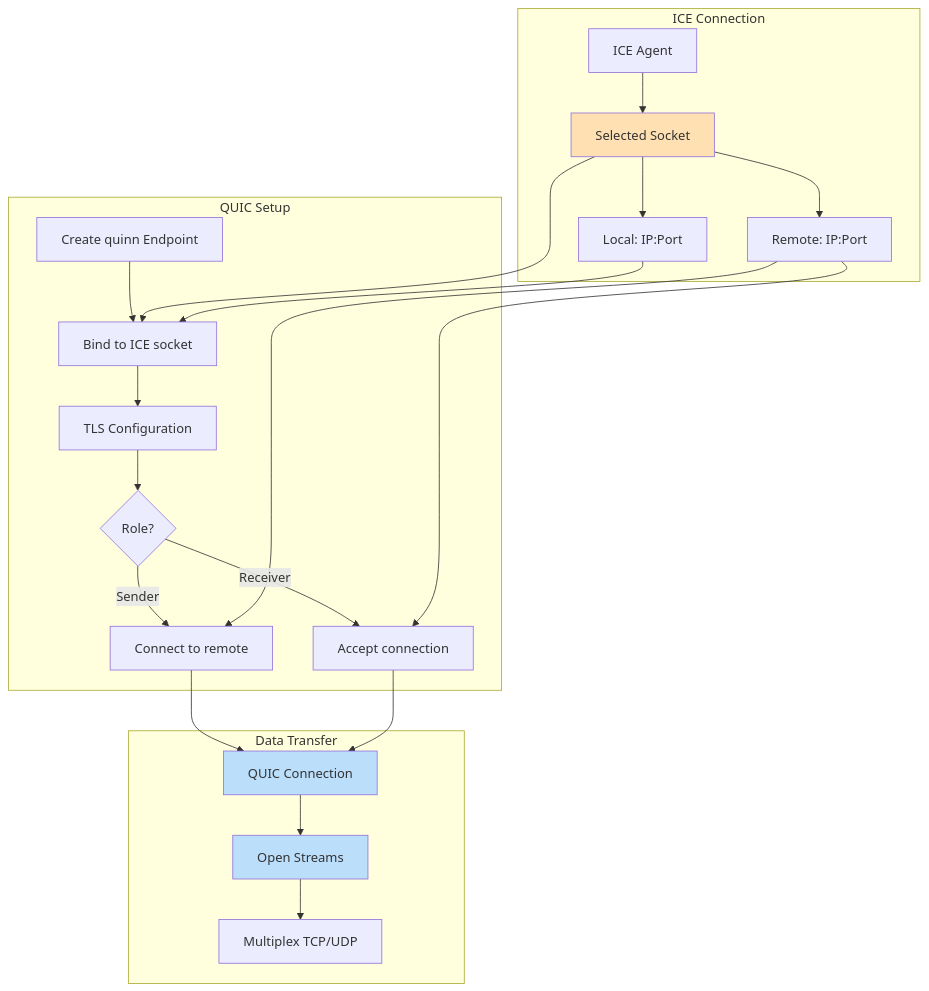
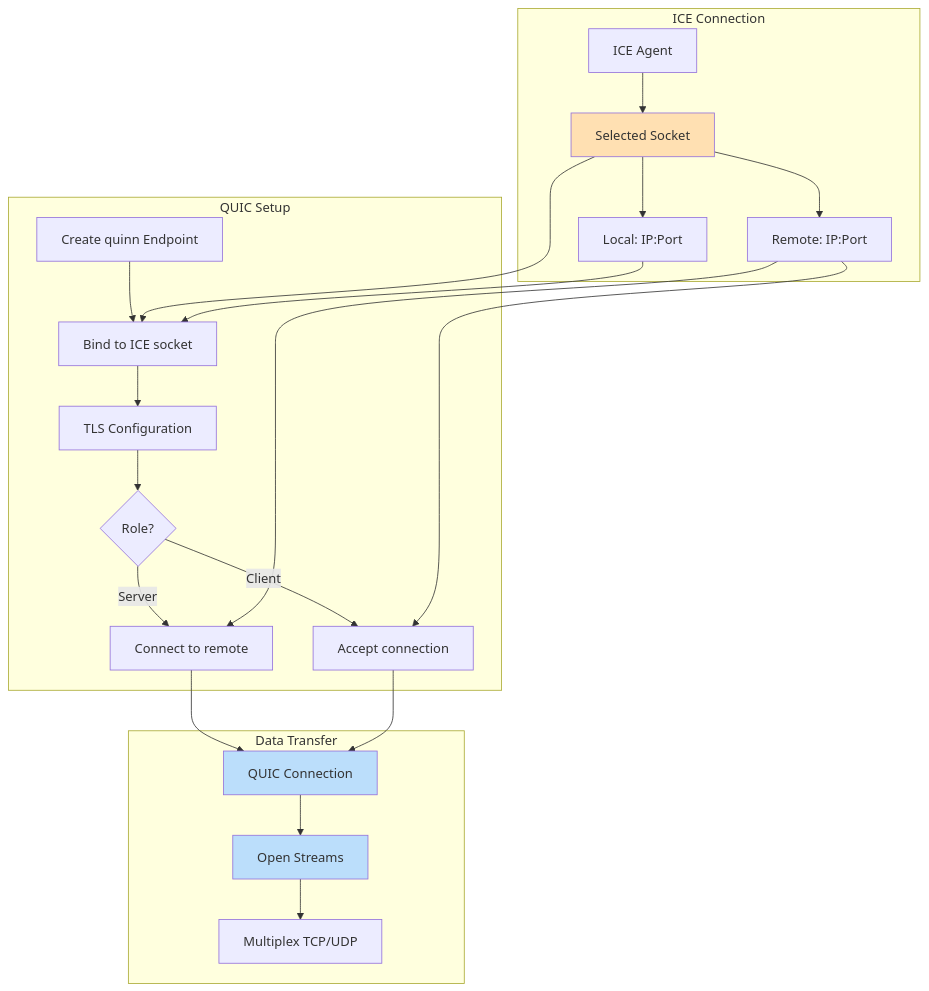
Before and after one commit to andrewtheguy/vpn-rs: diagram 15 of 35 in docs/ARCHITECTURE.md, drawn with Mermaid. The commit also changed other lines of this file, not shown here.

Commit message:
feat: update architecture documentation to reflect server-client terminology and clarify operational modes

````diff
--- a/docs/ARCHITECTURE.md
+++ b/docs/ARCHITECTURE.md
@@ -620,32 +620,32 @@
 ```mermaid
 graph TB
     subgraph "ICE Connection"
         A[ICE Agent] --> B[Selected Socket]
         B --> C[Local: IP:Port]
         B --> D[Remote: IP:Port]
     end
     
     subgraph "QUIC Setup"
         E[Create quinn Endpoint] --> F[Bind to ICE socket]
         F --> G[TLS Configuration]
         G --> H{Role?}
-        H -->|Sender| I[Connect to remote]
-        H -->|Receiver| J[Accept connection]
+        H -->|Server| I[Connect to remote]
+        H -->|Client| J[Accept connection]
     end
     
     subgraph "Data Transfer"
         I --> K[QUIC Connection]
         J --> K
         K --> L[Open Streams]
         L --> M[Multiplex TCP/UDP]
     end
     
     B --> F
     C --> F
     D --> I
     D --> J
     
     style B fill:#FFE0B2
     style K fill:#BBDEFB
     style L fill:#BBDEFB
 ```
````
